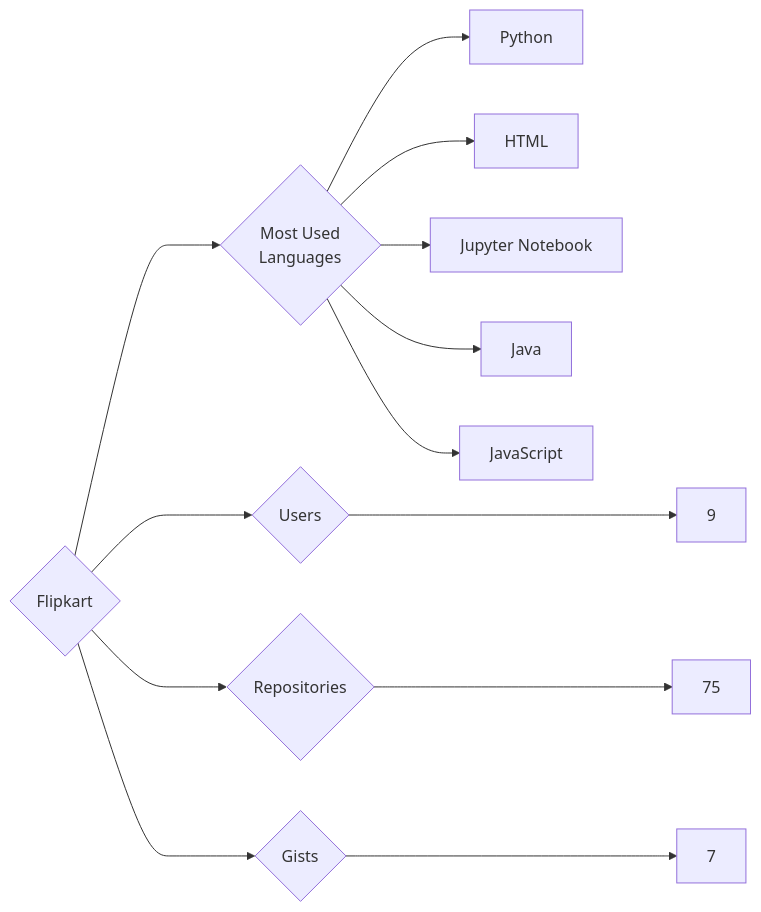
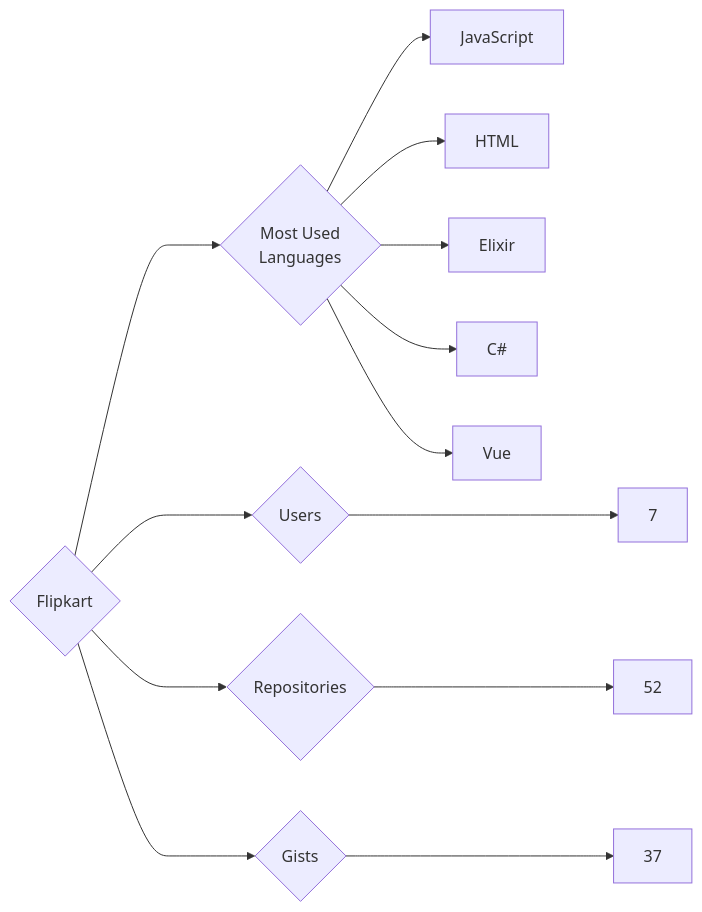
The diagram in targets/Flipkart/README.md (trickest/insiders), drawn with Mermaid before and after one commit. The commit also changed 1089 other files, not shown here.

````diff
--- a/targets/Flipkart/README.md
+++ b/targets/Flipkart/README.md
@@ -3,13 +3,13 @@
 ```mermaid
 graph LR
 COMPANY_NAME{Flipkart}
-COMPANY_NAME ---> U{Users} ---> UN[9]
-COMPANY_NAME ---> R{Repositories} ---> RN[75]
-COMPANY_NAME ---> G{Gists} ---> GN[7]
+COMPANY_NAME ---> U{Users} ---> UN[7]
+COMPANY_NAME ---> R{Repositories} ---> RN[52]
+COMPANY_NAME ---> G{Gists} ---> GN[37]
 COMPANY_NAME ---> ML{Most Used<br>Languages}
-ML --> Python[Python]
+ML --> JavaScript[JavaScript]
 ML --> HTML[HTML]
-ML --> Jupyter_Notebook[Jupyter Notebook]
-ML --> Java[Java]
-ML --> JavaScript[JavaScript]
+ML --> Elixir[Elixir]
+ML --> C#[C#]
+ML --> Vue[Vue]
 ```
````
